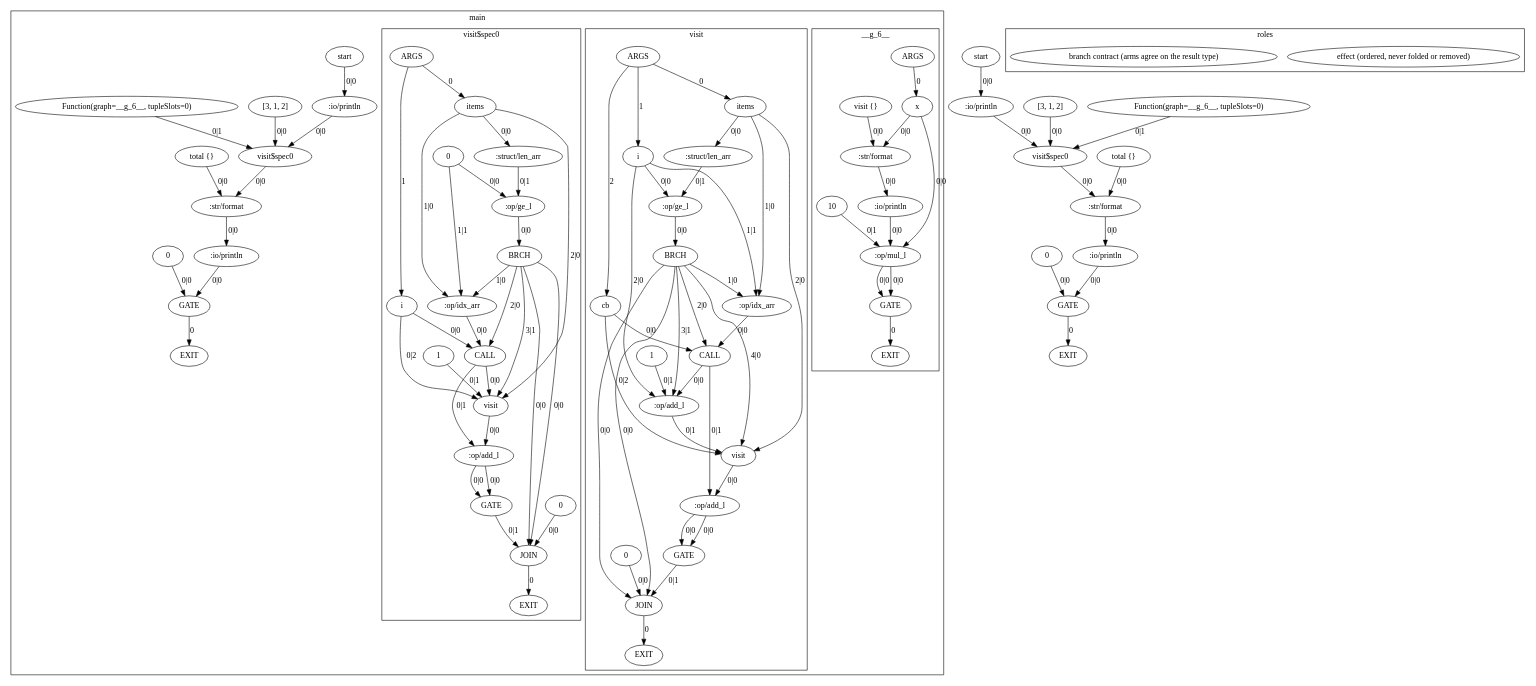
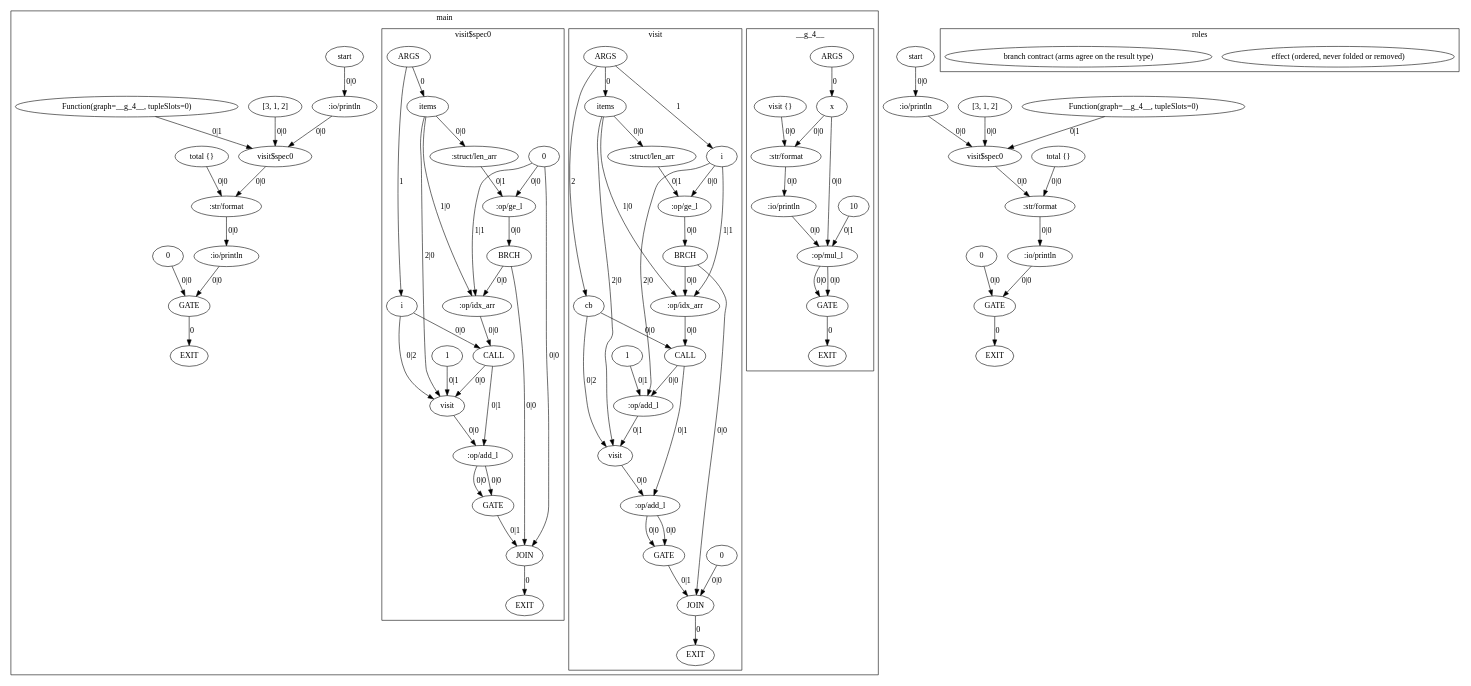
The diagram in exemplars/05_effect_order/expected/simplified.agir.dot (OpenCML/Camel), drawn with Graphviz before and after one commit. The commit also changed 45 other files, not shown here.

```diff
--- a/exemplars/05_effect_order/expected/simplified.agir.dot
+++ b/exemplars/05_effect_order/expected/simplified.agir.dot
@@ -2,7 +2,7 @@
     subgraph cluster_F01 {
         label="main";
         subgraph cluster_F02 {
-            label="__g_6__";
+            label="__g_4__";
             F02 [label="ARGS", type="ARGS"];
             O02 [label="EXIT", type="EXIT"];
             N00 [label="x", type="PORT", param_name="x", param_kind="normal", param_index="0", value_type="int"];
@@ -52,22 +52,18 @@
             N0E -> N0C [label="0|0", type="WITH"];
             N15 -> N0C [label="0|1", type="WITH"];
             N0D -> N0C [label="0|0", type="NORM"];
-            N0D -> N0C [label="0|0", type="CTRL"];
             N0B -> N0D [label="0|0", type="NORM"];
             N07 -> N0F [label="1|0", type="NORM"];
             N08 -> N0F [label="1|1", type="NORM"];
-            N0D -> N0F [label="1|0", type="CTRL"];
+            N0D -> N0F [label="0|0", type="CTRL"];
             N09 -> N10 [label="0|0", type="WITH"];
             N0F -> N10 [label="0|0", type="NORM"];
-            N0D -> N10 [label="2|0", type="CTRL"];
             N08 -> N12 [label="2|0", type="NORM"];
             N11 -> N12 [label="0|1", type="NORM"];
             N10 -> N12 [label="0|0", type="CTRL"];
-            N0D -> N12 [label="3|1", type="CTRL"];
             N07 -> N13 [label="2|0", type="NORM"];
             N12 -> N13 [label="0|1", type="NORM"];
             N09 -> N13 [label="0|2", type="NORM"];
-            N0D -> N13 [label="4|0", type="CTRL"];
             N13 -> N14 [label="0|0", type="NORM"];
             N10 -> N14 [label="0|1", type="NORM"];
             N14 -> N15 [label="0|0", type="NORM"];
@@ -86,81 +82,77 @@
             N1C [label="0", type="DATA", origin=271, span="9:35-9:36", srcfile="exemplars/05_effect_order/program.cml", value_type="int"];
             N1D [label=":op/idx_arr", type="OPER", origin=274, span="10:24-10:25", srcfile="exemplars/05_effect_order/program.cml", value_type="int"];
             N1E [label="CALL", type="CALL", origin=275, span="10:16-10:28", srcfile="exemplars/05_effect_order/program.cml", value_type="int"];
-            N1F [label="visit", type="FUNC", origin=281, span="11:15-11:38", srcfile="exemplars/05_effect_order/program.cml", value_type="int"];
-            N20 [label=":op/add_l", type="OPER", origin=282, span="11:39-11:40", srcfile="exemplars/05_effect_order/program.cml", value_type="int"];
-            N21 [label="GATE", type="GATE", value_type="int"];
-            N22 [label="0", type="DATA", value_type="int"];
-            N23 [label="1", type="DATA", origin=280, span="11:30-11:31", srcfile="exemplars/05_effect_order/program.cml", value_type="int"];
+            N1F [label="1", type="DATA", origin=279, span="11:32-11:33", srcfile="exemplars/05_effect_order/program.cml", value_type="int"];
+            N20 [label="visit", type="FUNC", origin=281, span="11:15-11:38", srcfile="exemplars/05_effect_order/program.cml", value_type="int"];
+            N21 [label=":op/add_l", type="OPER", origin=282, span="11:39-11:40", srcfile="exemplars/05_effect_order/program.cml", value_type="int"];
+            N22 [label="GATE", type="GATE", value_type="int"];
             F04 -> N16 [label="0", type="NORM_PORT"];
             F04 -> N17 [label="1", type="NORM_PORT"];
             N1A -> O04 [label="0", type="EXIT"];
             N16 -> N18 [label="0|0", type="NORM"];
-            N22 -> N19 [label="0|0", type="NORM"];
+            N1C -> N19 [label="0|0", type="NORM"];
             N18 -> N19 [label="0|1", type="NORM"];
             N1C -> N1A [label="0|0", type="WITH"];
-            N21 -> N1A [label="0|1", type="WITH"];
+            N22 -> N1A [label="0|1", type="WITH"];
             N1B -> N1A [label="0|0", type="NORM"];
-            N1B -> N1A [label="0|0", type="CTRL"];
             N19 -> N1B [label="0|0", type="NORM"];
             N16 -> N1D [label="1|0", type="NORM"];
-            N22 -> N1D [label="1|1", type="NORM"];
-            N1B -> N1D [label="1|0", type="CTRL"];
+            N1C -> N1D [label="1|1", type="NORM"];
+            N1B -> N1D [label="0|0", type="CTRL"];
             N17 -> N1E [label="0|0", type="WITH"];
             N1D -> N1E [label="0|0", type="NORM"];
-            N1B -> N1E [label="2|0", type="CTRL"];
-            N16 -> N1F [label="2|0", type="NORM"];
-            N23 -> N1F [label="0|1", type="NORM"];
-            N17 -> N1F [label="0|2", type="NORM"];
-            N1E -> N1F [label="0|0", type="CTRL"];
-            N1B -> N1F [label="3|1", type="CTRL"];
-            N1F -> N20 [label="0|0", type="NORM"];
-            N1E -> N20 [label="0|1", type="NORM"];
+            N16 -> N20 [label="2|0", type="NORM"];
+            N1F -> N20 [label="0|1", type="NORM"];
+            N17 -> N20 [label="0|2", type="NORM"];
+            N1E -> N20 [label="0|0", type="CTRL"];
             N20 -> N21 [label="0|0", type="NORM"];
-            N20 -> N21 [label="0|0", type="CTRL"];
+            N1E -> N21 [label="0|1", type="NORM"];
+            N21 -> N22 [label="0|0", type="NORM"];
+            N21 -> N22 [label="0|0", type="CTRL"];
         }
         O01 [label="EXIT", type="EXIT"];
-        N24 [label="start", type="DATA", origin=285, span="16:12-16:19", srcfile="exemplars/05_effect_order/program.cml", value_type="string"];
-        N25 [label=":io/println", type="OPER", role="effect", origin=286, span="16:4-16:11", srcfile="exemplars/05_effect_order/program.cml", value_type="string"];
-        N26 [label="[3, 1, 2]", type="DATA", origin=288, span="17:22-17:31", srcfile="exemplars/05_effect_order/program.cml", value_type="int[]"];
-        N27 [label="Function(graph=__g_6__, tupleSlots=0)", type="DATA", origin=290, span="17:36-20:5", srcfile="exemplars/05_effect_order/program.cml", value_type="(x: int) => int"];
-        N28 [label="visit$spec0", type="FUNC", origin=299, span="17:16-20:6", srcfile="exemplars/05_effect_order/program.cml", value_type="int"];
-        N29 [label="total {}", type="DATA", origin=302, span="21:12-21:22", srcfile="exemplars/05_effect_order/program.cml", value_type="string"];
-        N2A [label=":str/format", type="OPER", origin=303, span="21:30-21:37", srcfile="exemplars/05_effect_order/program.cml", value_type="string"];
-        N2B [label=":io/println", type="OPER", role="effect", origin=304, span="21:4-21:11", srcfile="exemplars/05_effect_order/program.cml", value_type="string"];
-        N2C [label="0", type="DATA", origin=305, span="22:11-22:12", srcfile="exemplars/05_effect_order/program.cml", value_type="int"];
-        N2D [label="GATE", type="GATE", value_type="int"];
-        N2D -> O01 [label="0", type="EXIT"];
-        N24 -> N25 [label="0|0", type="NORM"];
-        N26 -> N28 [label="0|0", type="NORM"];
-        N27 -> N28 [label="0|1", type="NORM"];
-        N25 -> N28 [label="0|0", type="CTRL"];
-        N28 -> N2A [label="0|0", type="WITH"];
+        N23 [label="start", type="DATA", origin=285, span="16:12-16:19", srcfile="exemplars/05_effect_order/program.cml", value_type="string"];
+        N24 [label=":io/println", type="OPER", role="effect", origin=286, span="16:4-16:11", srcfile="exemplars/05_effect_order/program.cml", value_type="string"];
+        N25 [label="[3, 1, 2]", type="DATA", origin=288, span="17:22-17:31", srcfile="exemplars/05_effect_order/program.cml", value_type="int[]"];
+        N26 [label="Function(graph=__g_4__, tupleSlots=0)", type="DATA", origin=290, span="17:36-20:5", srcfile="exemplars/05_effect_order/program.cml", value_type="(x: int) => int"];
+        N27 [label="visit$spec0", type="FUNC", origin=299, span="17:16-20:6", srcfile="exemplars/05_effect_order/program.cml", value_type="int"];
+        N28 [label="total {}", type="DATA", origin=302, span="21:12-21:22", srcfile="exemplars/05_effect_order/program.cml", value_type="string"];
+        N29 [label=":str/format", type="OPER", origin=303, span="21:30-21:37", srcfile="exemplars/05_effect_order/program.cml", value_type="string"];
+        N2A [label=":io/println", type="OPER", role="effect", origin=304, span="21:4-21:11", srcfile="exemplars/05_effect_order/program.cml", value_type="string"];
+        N2B [label="0", type="DATA", origin=305, span="22:11-22:12", srcfile="exemplars/05_effect_order/program.cml", value_type="int"];
+        N2C [label="GATE", type="GATE", value_type="int"];
+        N2C -> O01 [label="0", type="EXIT"];
+        N23 -> N24 [label="0|0", type="NORM"];
+        N25 -> N27 [label="0|0", type="NORM"];
+        N26 -> N27 [label="0|1", type="NORM"];
+        N24 -> N27 [label="0|0", type="CTRL"];
+        N27 -> N29 [label="0|0", type="WITH"];
+        N28 -> N29 [label="0|0", type="NORM"];
         N29 -> N2A [label="0|0", type="NORM"];
-        N2A -> N2B [label="0|0", type="NORM"];
-        N2C -> N2D [label="0|0", type="NORM"];
-        N2B -> N2D [label="0|0", type="CTRL"];
+        N2B -> N2C [label="0|0", type="NORM"];
+        N2A -> N2C [label="0|0", type="CTRL"];
     }
     O00 [label="EXIT", type="EXIT"];
-    N2E [label="start", type="DATA", origin=285, span="16:12-16:19", srcfile="exemplars/05_effect_order/program.cml", value_type="string"];
-    N2F [label=":io/println", type="OPER", role="effect", origin=286, span="16:4-16:11", srcfile="exemplars/05_effect_order/program.cml", value_type="string"];
-    N30 [label="[3, 1, 2]", type="DATA", origin=288, span="17:22-17:31", srcfile="exemplars/05_effect_order/program.cml", value_type="int[]"];
-    N31 [label="0", type="DATA", origin=289, span="17:33-17:34", srcfile="exemplars/05_effect_order/program.cml", value_type="int"];
-    N32 [label="Function(graph=__g_6__, tupleSlots=0)", type="DATA", origin=290, span="17:36-20:5", srcfile="exemplars/05_effect_order/program.cml", value_type="(x: int) => int"];
-    N33 [label="visit$spec0", type="FUNC", origin=299, span="17:16-20:6", srcfile="exemplars/05_effect_order/program.cml", value_type="int"];
-    N34 [label="total {}", type="DATA", origin=302, span="21:12-21:22", srcfile="exemplars/05_effect_order/program.cml", value_type="string"];
-    N35 [label=":str/format", type="OPER", origin=303, span="21:30-21:37", srcfile="exemplars/05_effect_order/program.cml", value_type="string"];
-    N36 [label=":io/println", type="OPER", role="effect", origin=304, span="21:4-21:11", srcfile="exemplars/05_effect_order/program.cml", value_type="string"];
-    N37 [label="GATE", type="GATE", value_type="int"];
-    N37 -> O00 [label="0", type="EXIT"];
-    N2E -> N2F [label="0|0", type="NORM"];
-    N30 -> N33 [label="0|0", type="NORM"];
-    N32 -> N33 [label="0|1", type="NORM"];
-    N2F -> N33 [label="0|0", type="CTRL"];
-    N33 -> N35 [label="0|0", type="WITH"];
+    N2D [label="start", type="DATA", origin=285, span="16:12-16:19", srcfile="exemplars/05_effect_order/program.cml", value_type="string"];
+    N2E [label=":io/println", type="OPER", role="effect", origin=286, span="16:4-16:11", srcfile="exemplars/05_effect_order/program.cml", value_type="string"];
+    N2F [label="[3, 1, 2]", type="DATA", origin=288, span="17:22-17:31", srcfile="exemplars/05_effect_order/program.cml", value_type="int[]"];
+    N30 [label="0", type="DATA", origin=289, span="17:33-17:34", srcfile="exemplars/05_effect_order/program.cml", value_type="int"];
+    N31 [label="Function(graph=__g_4__, tupleSlots=0)", type="DATA", origin=290, span="17:36-20:5", srcfile="exemplars/05_effect_order/program.cml", value_type="(x: int) => int"];
+    N32 [label="visit$spec0", type="FUNC", origin=299, span="17:16-20:6", srcfile="exemplars/05_effect_order/program.cml", value_type="int"];
+    N33 [label="total {}", type="DATA", origin=302, span="21:12-21:22", srcfile="exemplars/05_effect_order/program.cml", value_type="string"];
+    N34 [label=":str/format", type="OPER", origin=303, span="21:30-21:37", srcfile="exemplars/05_effect_order/program.cml", value_type="string"];
+    N35 [label=":io/println", type="OPER", role="effect", origin=304, span="21:4-21:11", srcfile="exemplars/05_effect_order/program.cml", value_type="string"];
+    N36 [label="GATE", type="GATE", value_type="int"];
+    N36 -> O00 [label="0", type="EXIT"];
+    N2D -> N2E [label="0|0", type="NORM"];
+    N2F -> N32 [label="0|0", type="NORM"];
+    N31 -> N32 [label="0|1", type="NORM"];
+    N2E -> N32 [label="0|0", type="CTRL"];
+    N32 -> N34 [label="0|0", type="WITH"];
+    N33 -> N34 [label="0|0", type="NORM"];
     N34 -> N35 [label="0|0", type="NORM"];
-    N35 -> N36 [label="0|0", type="NORM"];
-    N31 -> N37 [label="0|0", type="NORM"];
-    N36 -> N37 [label="0|0", type="CTRL"];
+    N30 -> N36 [label="0|0", type="NORM"];
+    N35 -> N36 [label="0|0", type="CTRL"];
     subgraph cluster_legend {
         label="roles";
         "legend_effect" [label="effect (ordered, never folded or removed)", type="LEGEND", role="effect"];
```
